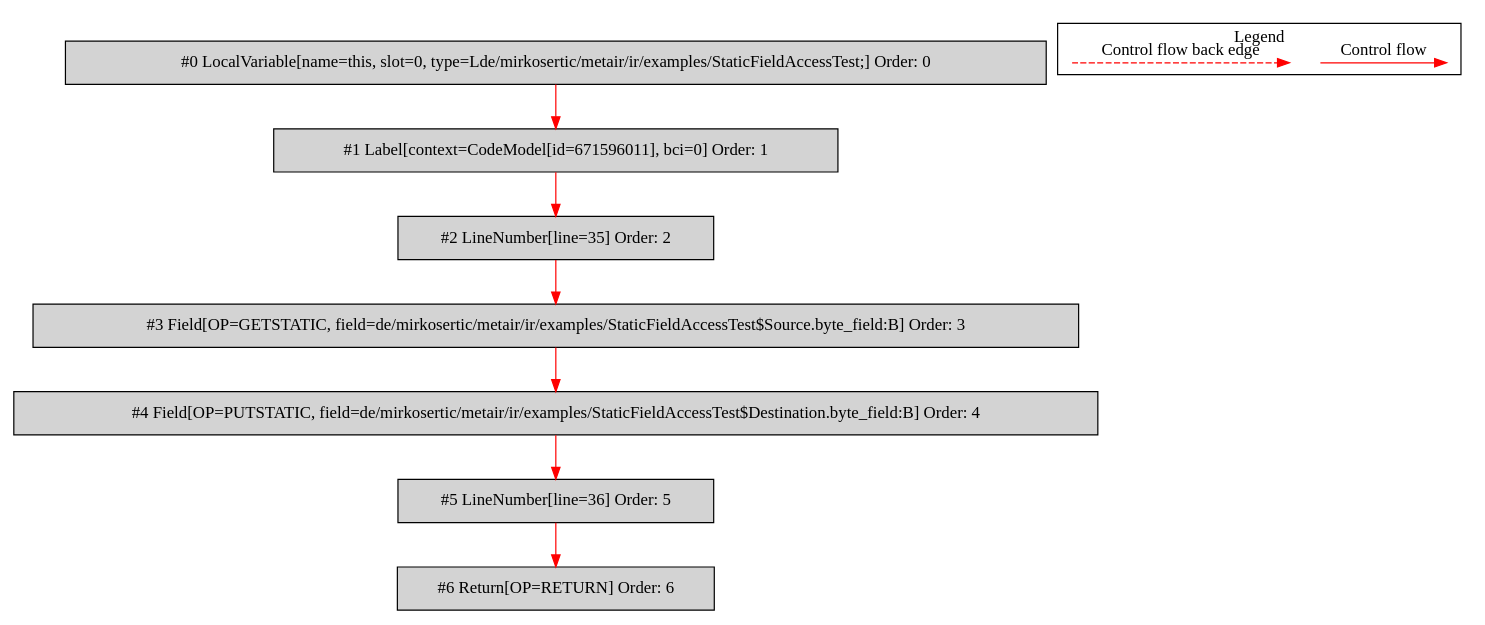
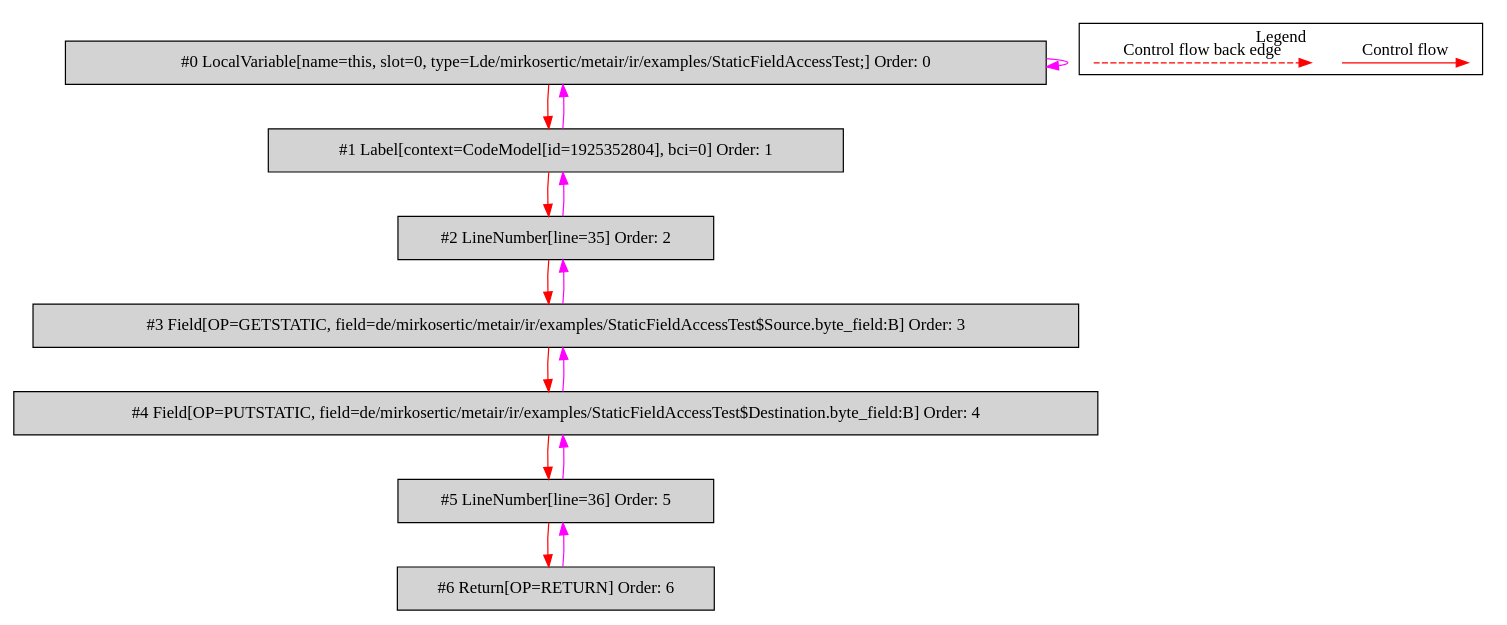
One commit to mirkosertic/MetaIR changed the diagram in de.mirkosertic.metair.ir.examples.StaticFieldAccessTest/copy_byte/bytecodecfg.dot. Above: the diagram before and after it, drawn with Graphviz. The commit also changed 1685 other files, not shown here.

```diff
--- a/de.mirkosertic.metair.ir.examples.StaticFieldAccessTest/copy_byte/bytecodecfg.dot
+++ b/de.mirkosertic.metair.ir.examples.StaticFieldAccessTest/copy_byte/bytecodecfg.dot
@@ -1,30 +1,37 @@
 digraph {
  ordering="in";
  node0[label="#0 LocalVariable[name=this, slot=0, type=Lde/mirkosertic/metair/ir/examples/StaticFieldAccessTest;] Order: 0", shape=box, fillcolor=lightgrey, style=filled];
- node1[label="#1 Label[context=CodeModel[id=671596011], bci=0] Order: 1", shape=box, fillcolor=lightgrey, style=filled];
+ node1[label="#1 Label[context=CodeModel[id=1925352804], bci=0] Order: 1", shape=box, fillcolor=lightgrey, style=filled];
  node2[label="#2 LineNumber[line=35] Order: 2", shape=box, fillcolor=lightgrey, style=filled];
  node3[label="#3 Field[OP=GETSTATIC, field=de/mirkosertic/metair/ir/examples/StaticFieldAccessTest$Source.byte_field:B] Order: 3", shape=box, fillcolor=lightgrey, style=filled];
  node4[label="#4 Field[OP=PUTSTATIC, field=de/mirkosertic/metair/ir/examples/StaticFieldAccessTest$Destination.byte_field:B] Order: 4", shape=box, fillcolor=lightgrey, style=filled];
  node5[label="#5 LineNumber[line=36] Order: 5", shape=box, fillcolor=lightgrey, style=filled];
  node6[label="#6 Return[OP=RETURN] Order: 6", shape=box, fillcolor=lightgrey, style=filled];
+ node0 -> node0[color=fuchsia];
  node0 -> node1[color=red];
+ node1 -> node0[color=fuchsia];
  node1 -> node2[color=red];
+ node2 -> node1[color=fuchsia];
  node2 -> node3[color=red];
+ node3 -> node2[color=fuchsia];
  node3 -> node4[color=red];
+ node4 -> node3[color=fuchsia];
  node4 -> node5[color=red];
+ node5 -> node4[color=fuchsia];
  node5 -> node6[color=red];
+ node6 -> node5[color=fuchsia];
  subgraph cluster_000 {
   label = "Legend";
   node [shape=point]
   {
    rank=same;
    c0 [style = invis];
    c1 [style = invis];
    c2 [style = invis];
    c3 [style = invis];
   }
   c0 -> c1 [label="Control flow", style=solid, color=red]
   c2 -> c3 [label="Control flow back edge", style=dashed, color=red]
  }
 
 }
```
